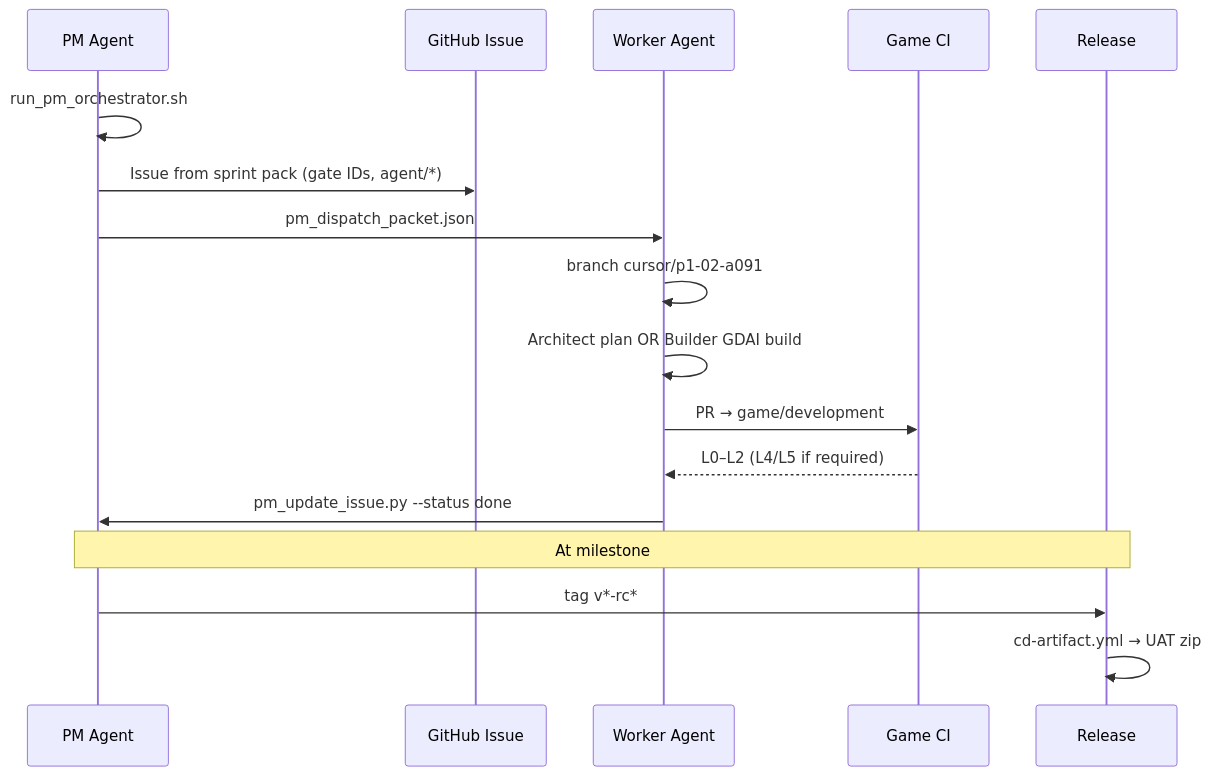
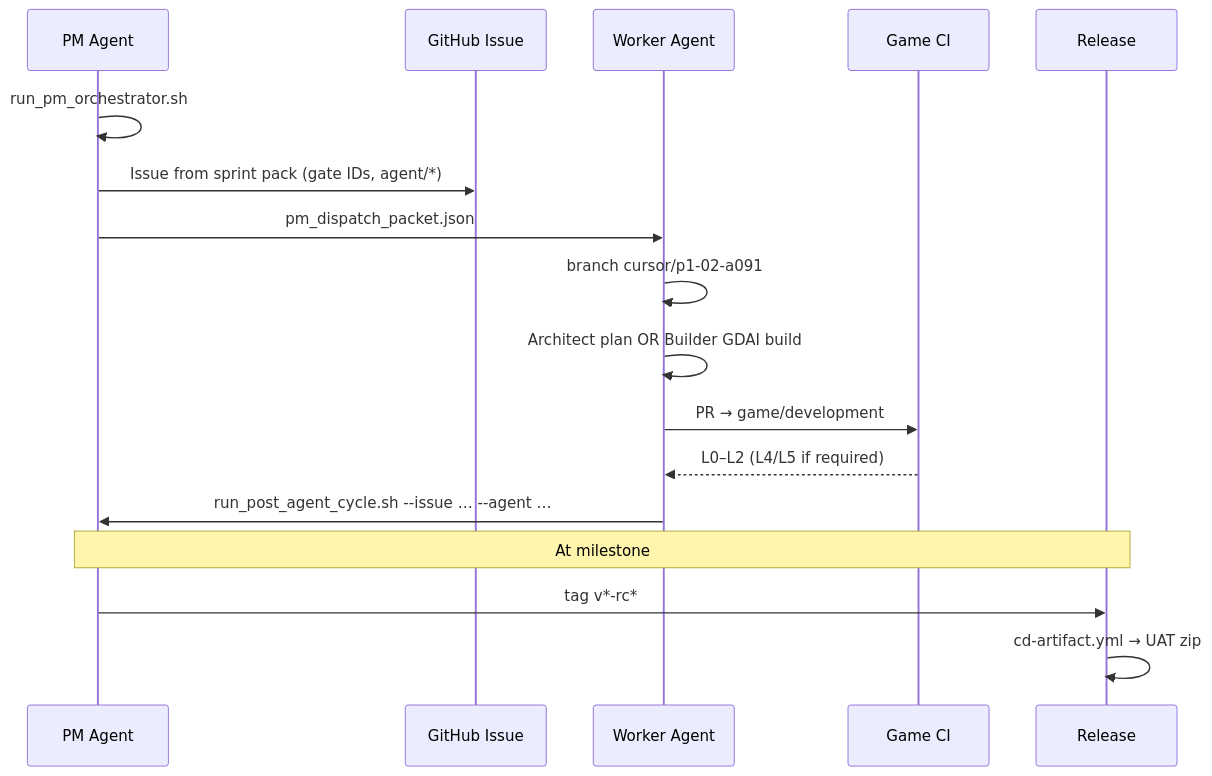
The second of 2 diagrams in docs/workflow/DEVELOPMENT_LIFECYCLE.md (vivivieri/3d-JRPG-adventure-pc-game), drawn with Mermaid before and after one commit. The commit also changed 16 other files, not shown here.

First line of the commit message:
docs: close post-agent cycle drift gaps after main merge

````diff
--- a/docs/workflow/DEVELOPMENT_LIFECYCLE.md
+++ b/docs/workflow/DEVELOPMENT_LIFECYCLE.md
@@ -174,20 +174,20 @@
 ```mermaid
 sequenceDiagram
   participant PM as PM Agent
   participant GH as GitHub Issue
   participant W as Worker Agent
   participant CI as Game CI
   participant Rel as Release
 
   PM->>PM: run_pm_orchestrator.sh
   PM->>GH: Issue from sprint pack (gate IDs, agent/*)
   PM->>W: pm_dispatch_packet.json
   W->>W: branch cursor/p1-02-a091
   W->>W: Architect plan OR Builder GDAI build
   W->>CI: PR → game/development
   CI-->>W: L0–L2 (L4/L5 if required)
-  W->>PM: pm_update_issue.py --status done
+  W->>PM: run_post_agent_cycle.sh --issue … --agent …
   Note over PM,Rel: At milestone
   PM->>Rel: tag v*-rc*
   Rel->>Rel: cd-artifact.yml → UAT zip
 ```
````
